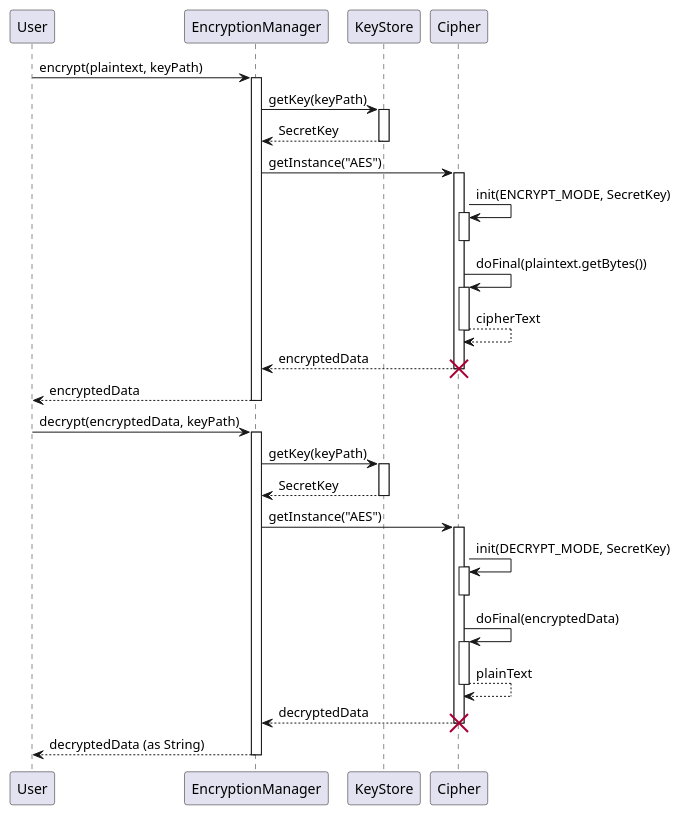
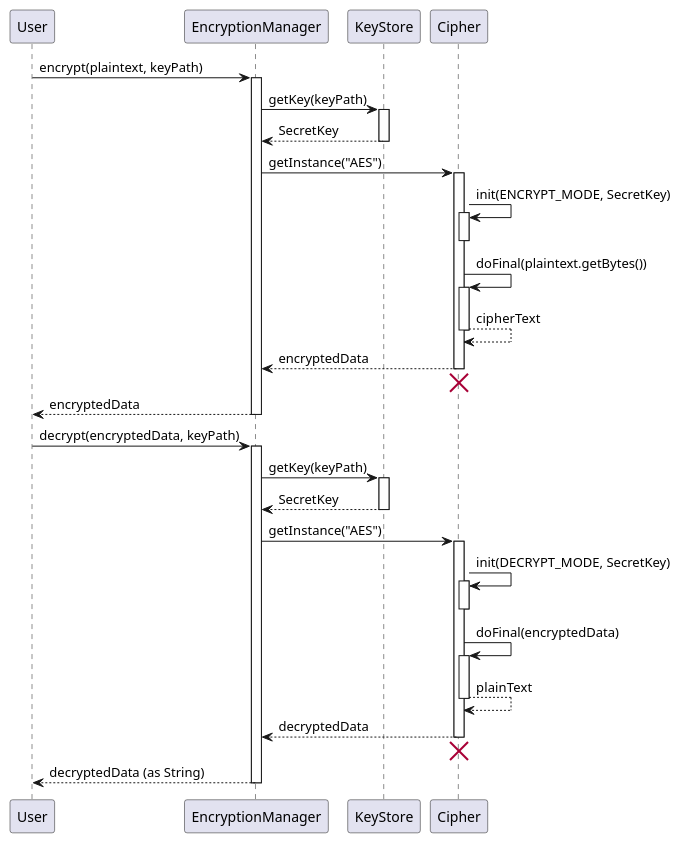
Before and after one commit to nus-cs2103-AY2425S1/tp: the diagram in docs/diagrams/EncryptionSequenceDiagram.puml, drawn with PlantUML. The commit also changed 2 other files, not shown here.

```diff
--- a/docs/diagrams/EncryptionSequenceDiagram.puml
+++ b/docs/diagrams/EncryptionSequenceDiagram.puml
@@ -1,64 +1,66 @@
 @startuml
 participant User
 participant EncryptionManager
 participant KeyStore
 participant Cipher
 
 User -> EncryptionManager: encrypt(plaintext, keyPath)
 activate EncryptionManager
 
 EncryptionManager -> KeyStore: getKey(keyPath)
 activate KeyStore
 
 KeyStore --> EncryptionManager: SecretKey
 deactivate KeyStore
 
 EncryptionManager -> Cipher: getInstance("AES")
 activate Cipher
 
 Cipher -> Cipher: init(ENCRYPT_MODE, SecretKey)
 activate Cipher
 deactivate Cipher
 
 Cipher -> Cipher: doFinal(plaintext.getBytes())
 activate Cipher
 Cipher --> Cipher : cipherText
 deactivate
 Cipher --> EncryptionManager: encryptedData
 
 deactivate
+Cipher --[hidden]->EncryptionManager
 destroy Cipher
 
 
 EncryptionManager --> User: encryptedData
 deactivate EncryptionManager
 
 User -> EncryptionManager: decrypt(encryptedData, keyPath)
 activate EncryptionManager
 
 EncryptionManager -> KeyStore: getKey(keyPath)
 activate KeyStore
 
 KeyStore --> EncryptionManager: SecretKey
 deactivate KeyStore
 
 EncryptionManager -> Cipher: getInstance("AES")
 activate Cipher
 
 Cipher -> Cipher: init(DECRYPT_MODE, SecretKey)
 activate Cipher
 deactivate Cipher
 
 Cipher -> Cipher: doFinal(encryptedData)
 activate Cipher
 Cipher --> Cipher : plainText
 deactivate
 
 Cipher --> EncryptionManager: decryptedData
 deactivate
+Cipher --[hidden]->EncryptionManager
 destroy Cipher
 
 EncryptionManager --> User: decryptedData (as String)
 deactivate EncryptionManager
 
 @enduml
```
